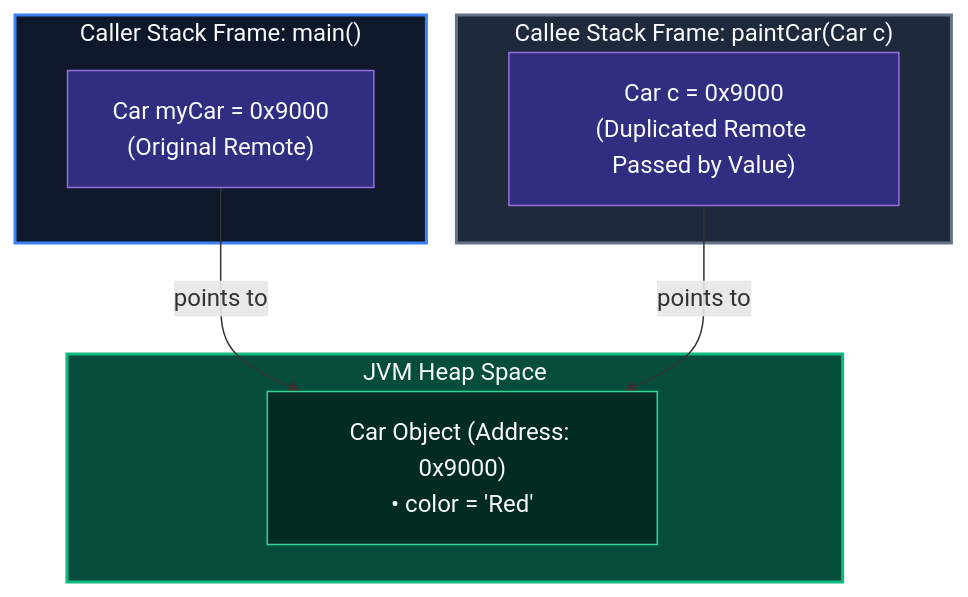
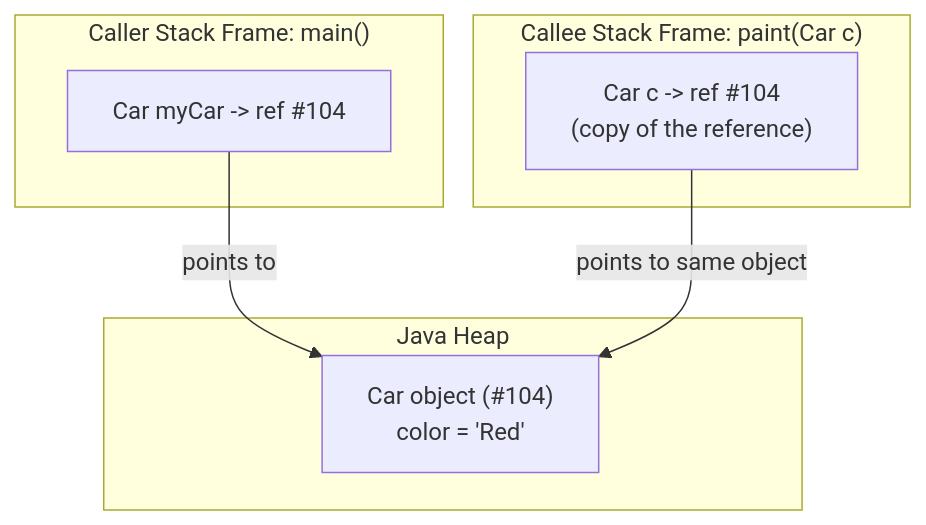
Before and after one commit to ravishankar2463/java_hub: the first of 2 diagrams in content/roadmap/level-1/memory-references-copying.md, drawn with Mermaid. The commit also changed other lines of this file and 119 other files, not shown here.

Commit message:
feat: add comprehensive java learning roadmap content across multiple levels

````diff
--- a/content/roadmap/level-1/memory-references-copying.md
+++ b/content/roadmap/level-1/memory-references-copying.md
@@ -31,24 +21,17 @@
 ```mermaid
 flowchart TD
-    subgraph CallerStack ["Caller Stack Frame: main()"]
-        Original["Car myCar = 0x9000<br/>(Original Remote)"]
+    subgraph caller ["Caller Stack Frame: main()"]
+        orig["Car myCar -> ref #104"]
     end
 
-    subgraph CalleeStack ["Callee Stack Frame: paintCar(Car c)"]
-        ParamCopy["Car c = 0x9000<br/>(Duplicated Remote Passed by Value)"]
+    subgraph callee ["Callee Stack Frame: paint(Car c)"]
+        param["Car c -> ref #104<br/>(copy of the reference)"]
     end
 
-    subgraph HeapMemory ["JVM Heap Space"]
-        TV["Car Object (Address: 0x9000)<br/>• color = 'Red'"]
+    subgraph heap ["Java Heap"]
+        obj["Car object (#104)<br/>color = 'Red'"]
     end
 
-    Original -->|"points to"| TV
-    ParamCopy -->|"points to"| TV
-
-    style CallerStack fill:#0f172a,stroke:#3b82f6,stroke-width:2px,color:#f8fafc
-    style CalleeStack fill:#1e293b,stroke:#64748b,stroke-width:2px,color:#f8fafc
-    style HeapMemory fill:#064e3b,stroke:#10b981,stroke-width:2px,color:#f8fafc
-    style Original fill:#312e81,color:#f8fafc
-    style ParamCopy fill:#312e81,color:#f8fafc
-    style TV fill:#022c22,stroke:#34d399,color:#f8fafc
+    orig -->|"points to"| obj
+    param -->|"points to same object"| obj
 ```
````
